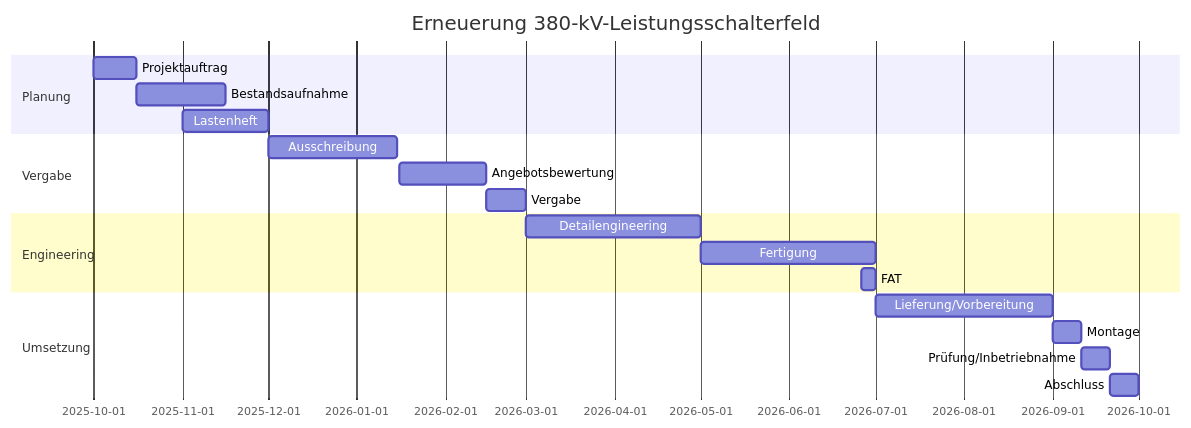
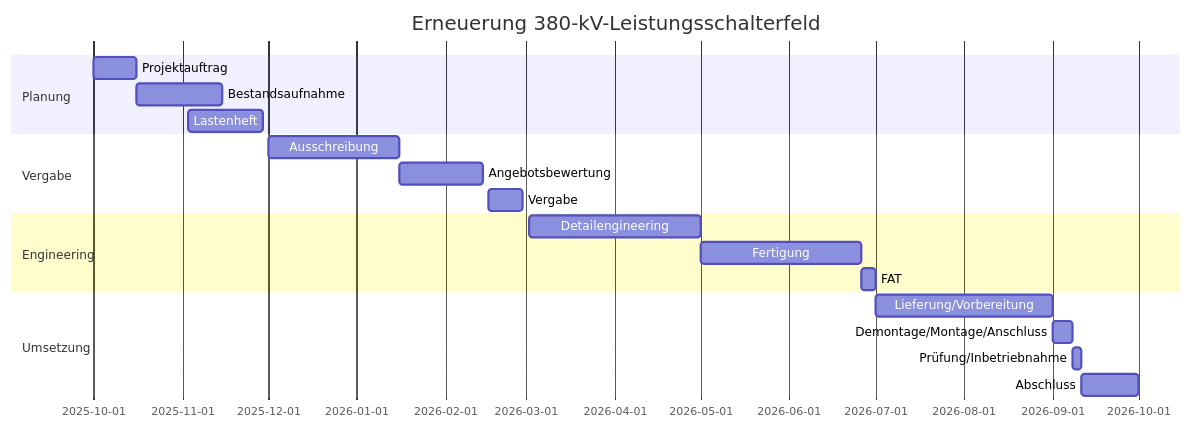
Before and after one commit to nivedjpnambiar/Substation-PMO-simulation: the diagram in docs/04_Termin_und_Meilensteine.md, drawn with Mermaid. The commit also changed other lines of this file and 47 other files, not shown here.

Commit message:
Neue Dateien in docs, data und assets/diagrams sortiert

````diff
--- a/docs/04_Termin_und_Meilensteine.md
+++ b/docs/04_Termin_und_Meilensteine.md
@@ -34,22 +34,22 @@
 ```mermaid
 gantt
     title Erneuerung 380-kV-Leistungsschalterfeld
     dateFormat  YYYY-MM-DD
     section Planung
     Projektauftrag           :2025-10-01, 15d
-    Bestandsaufnahme         :2025-10-16, 31d
-    Lastenheft               :2025-11-01, 30d
+    Bestandsaufnahme         :2025-10-16, 30d
+    Lastenheft               :2025-11-03, 26d
     section Vergabe
-    Ausschreibung            :2025-12-01, 45d
-    Angebotsbewertung        :2026-01-16, 30d
-    Vergabe                  :2026-02-15, 14d
+    Ausschreibung            :2025-12-01, 46d
+    Angebotsbewertung        :2026-01-16, 29d
+    Vergabe                  :2026-02-16, 12d
     section Engineering
-    Detailengineering        :2026-03-01, 61d
-    Fertigung                :2026-05-01, 61d
+    Detailengineering        :2026-03-02, 60d
+    Fertigung                :2026-05-01, 56d
     FAT                      :2026-06-26, 5d
     section Umsetzung
     Lieferung/Vorbereitung   :2026-07-01, 62d
-    Montage                  :2026-09-01, 10d
-    Prüfung/Inbetriebnahme   :2026-09-11, 10d
-    Abschluss                :2026-09-21, 10d
+    Demontage/Montage/Anschluss :2026-09-01, 7d
+    Prüfung/Inbetriebnahme   :2026-09-08, 3d
+    Abschluss                :2026-09-11, 20d
 ```
````
